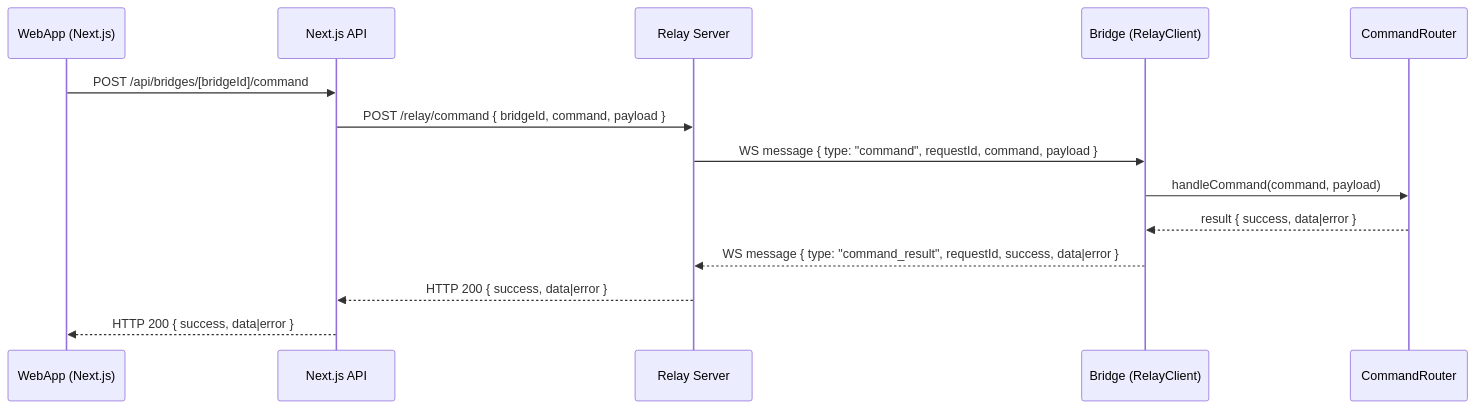
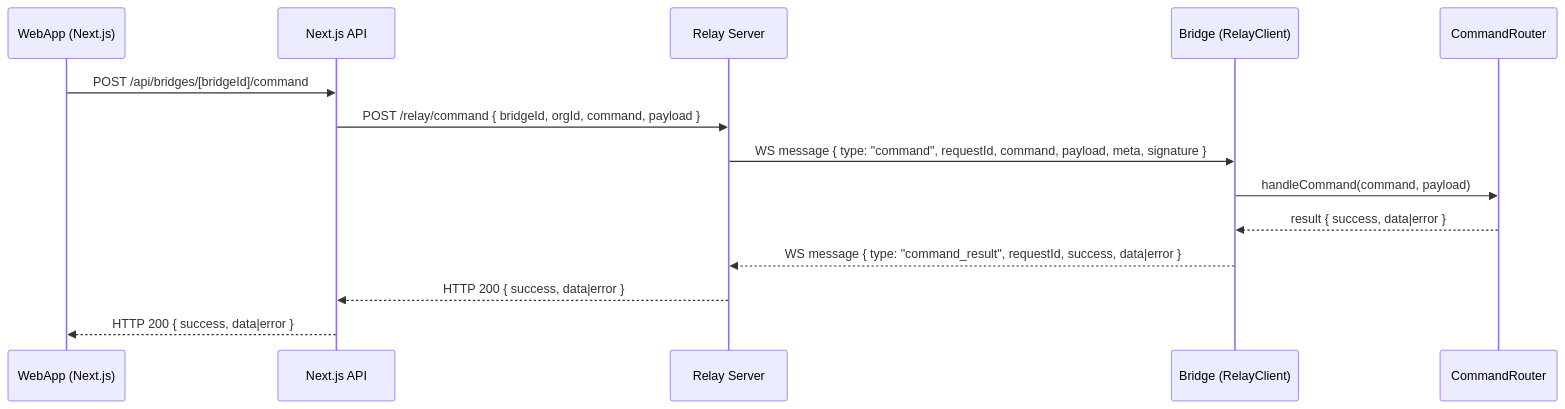
The first of 2 diagrams in docs/security/relay-data-traffic.md (pivotrecruiting/broadify-bridge), drawn with Mermaid before and after one commit. The commit also changed other lines of this file and 2 other files, not shown here.

````diff
--- a/docs/security/relay-data-traffic.md
+++ b/docs/security/relay-data-traffic.md
@@ -31,17 +31,17 @@
 ```mermaid
 sequenceDiagram
   participant WebApp as WebApp (Next.js)
   participant Api as Next.js API
   participant Relay as Relay Server
   participant Bridge as Bridge (RelayClient)
   participant Router as CommandRouter
 
   WebApp->>Api: POST /api/bridges/[bridgeId]/command
-  Api->>Relay: POST /relay/command { bridgeId, command, payload }
-  Relay->>Bridge: WS message { type: "command", requestId, command, payload }
+  Api->>Relay: POST /relay/command { bridgeId, orgId, command, payload }
+  Relay->>Bridge: WS message { type: "command", requestId, command, payload, meta, signature }
   Bridge->>Router: handleCommand(command, payload)
   Router-->>Bridge: result { success, data|error }
   Bridge-->>Relay: WS message { type: "command_result", requestId, success, data|error }
   Relay-->>Api: HTTP 200 { success, data|error }
   Api-->>WebApp: HTTP 200 { success, data|error }
 ```
````
